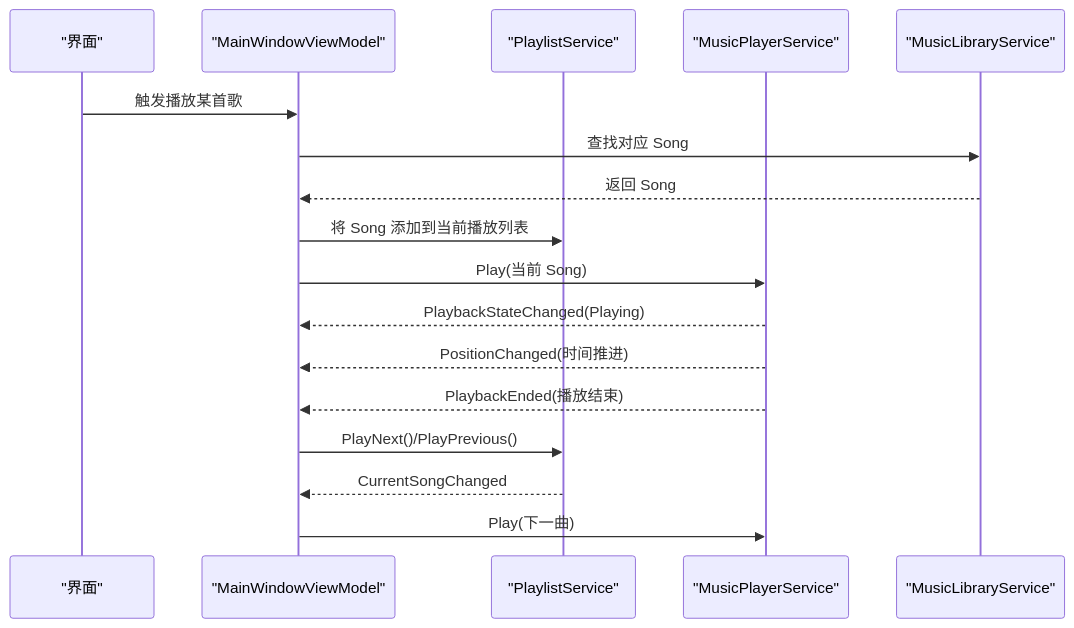
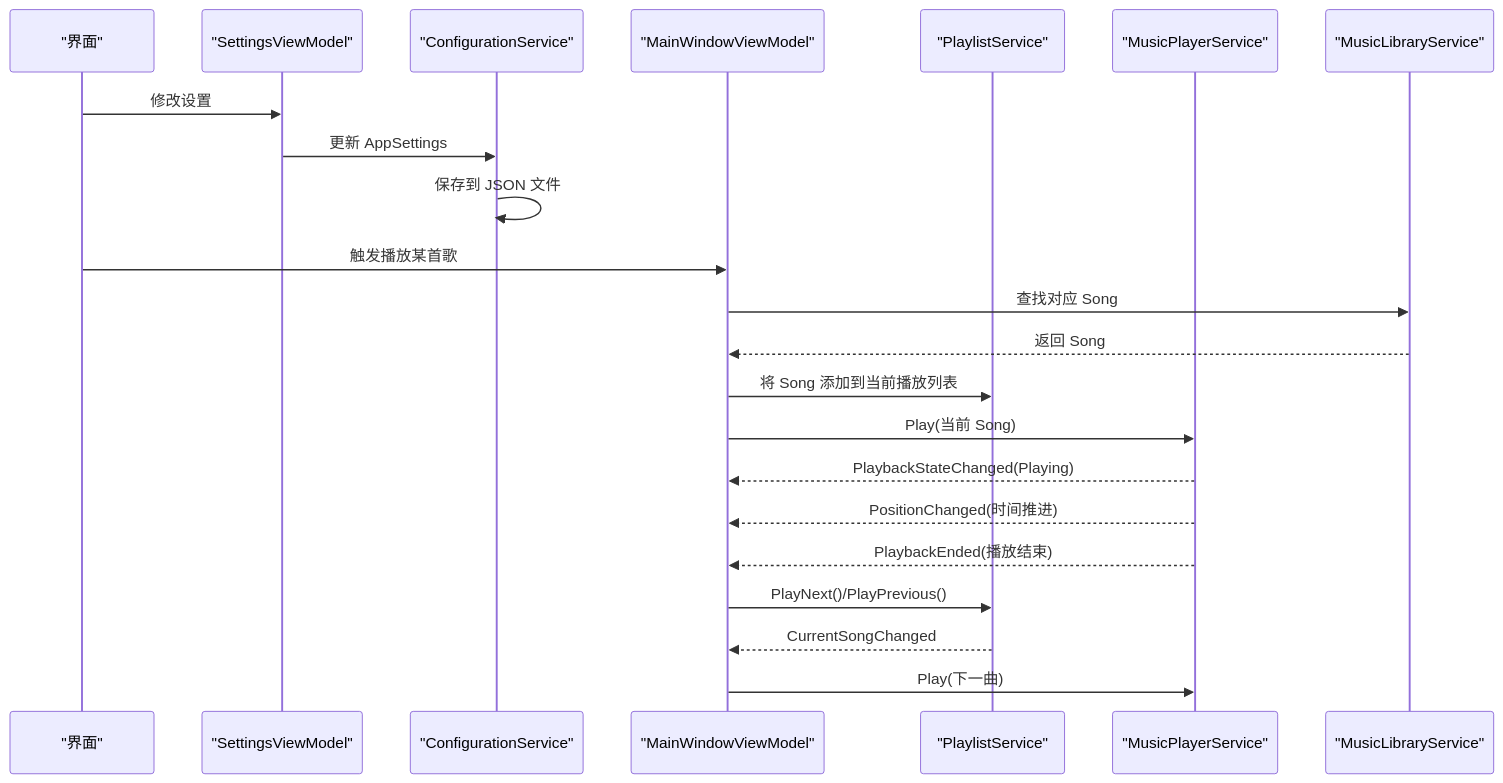
Before and after one commit to mariamjensen42-glitch/LocalMusicPlayer: the second of 4 diagrams in .qoder/repowiki/zh/content/数据模型.md, drawn with Mermaid. The commit also changed other lines of this file and 14 other files, not shown here.

````diff
--- a/.qoder/repowiki/zh/content/数据模型.md
+++ b/.qoder/repowiki/zh/content/数据模型.md
@@ -122,19 +141,24 @@
 ```mermaid
 sequenceDiagram
 participant UI as "界面"
-participant VM as "MainWindowViewModel"
+participant SVM as "SettingsViewModel"
+participant CS as "ConfigurationService"
+participant MVM as "MainWindowViewModel"
 participant PLTS as "PlaylistService"
 participant MPS as "MusicPlayerService"
 participant MLS as "MusicLibraryService"
-UI->>VM : 触发播放某首歌
-VM->>MLS : 查找对应 Song
-MLS-->>VM : 返回 Song
-VM->>PLTS : 将 Song 添加到当前播放列表
-VM->>MPS : Play(当前 Song)
-MPS-->>VM : PlaybackStateChanged(Playing)
-MPS-->>VM : PositionChanged(时间推进)
-MPS-->>VM : PlaybackEnded(播放结束)
-VM->>PLTS : PlayNext()/PlayPrevious()
-PLTS-->>VM : CurrentSongChanged
-VM->>MPS : Play(下一曲)
+UI->>SVM : 修改设置
+SVM->>CS : 更新 AppSettings
+CS->>CS : 保存到 JSON 文件
+UI->>MVM : 触发播放某首歌
+MVM->>MLS : 查找对应 Song
+MLS-->>MVM : 返回 Song
+MVM->>PLTS : 将 Song 添加到当前播放列表
+MVM->>MPS : Play(当前 Song)
+MPS-->>MVM : PlaybackStateChanged(Playing)
+MPS-->>MVM : PositionChanged(时间推进)
+MPS-->>MVM : PlaybackEnded(播放结束)
+MVM->>PLTS : PlayNext()/PlayPrevious()
+PLTS-->>MVM : CurrentSongChanged
+MVM->>MPS : Play(下一曲)
 ```
````
